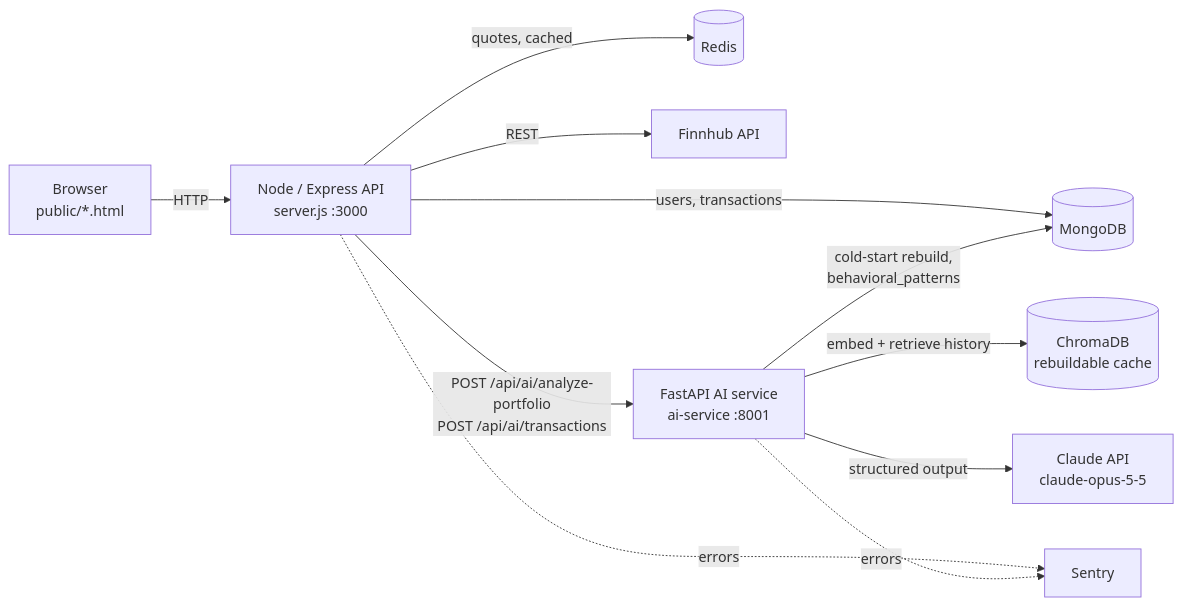
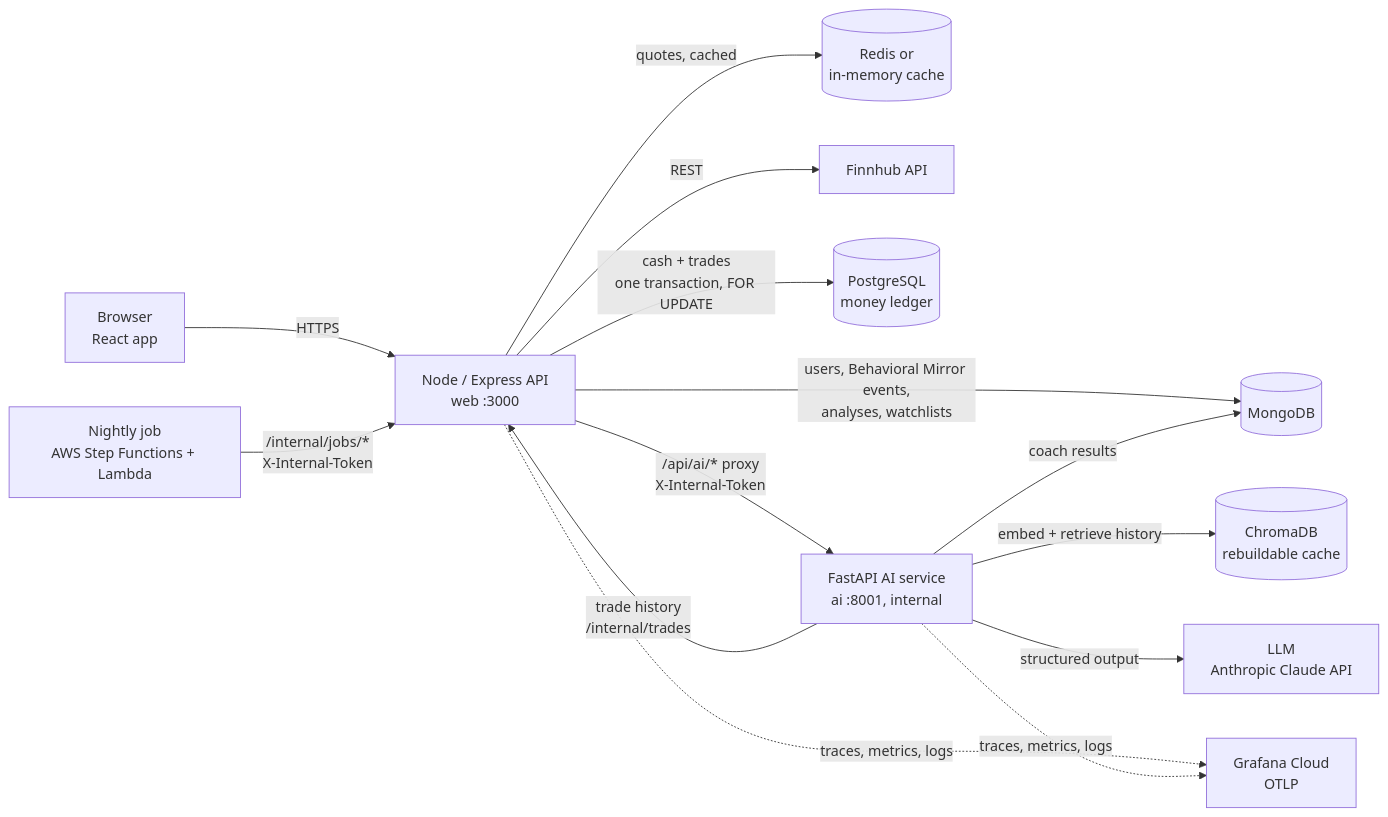
Before and after one commit to sumitparmar19/Nivesh-Path: the first of 2 diagrams in architecture.md, drawn with Mermaid. The commit also changed other lines of this file and 76 other files, not shown here.

````diff
--- a/architecture.md
+++ b/architecture.md
@@ -3,13 +3,16 @@
 ```mermaid
 flowchart LR
-    B[Browser<br/>public/*.html] -->|HTTP| N[Node / Express API<br/>server.js :3000]
-    N -->|quotes, cached| R[(Redis)]
+    B[Browser<br/>React app] -->|HTTPS| N[Node / Express API<br/>web :3000]
+    N -->|quotes, cached| R[(Redis or<br/>in-memory cache)]
     N -->|REST| F[Finnhub API]
-    N -->|users, transactions| M[(MongoDB)]
-    N -->|POST /api/ai/analyze-portfolio<br/>POST /api/ai/transactions| A[FastAPI AI service<br/>ai-service :8001]
+    N -->|cash + trades<br/>one transaction, FOR UPDATE| P[(PostgreSQL<br/>money ledger)]
+    N -->|users, Behavioral Mirror events,<br/>analyses, watchlists| M[(MongoDB)]
+    N -->|/api/ai/* proxy<br/>X-Internal-Token| A[FastAPI AI service<br/>ai :8001, internal]
+    A -->|trade history<br/>/internal/trades| N
     A -->|embed + retrieve history| C[(ChromaDB<br/>rebuildable cache)]
-    A -->|cold-start rebuild,<br/>behavioral_patterns| M
-    A -->|structured output| L[Claude API<br/>claude-opus-5-5]
-    N -. errors .-> Y[Sentry]
-    A -. errors .-> Y
+    A -->|coach results| M
+    A -->|structured output| L[LLM<br/>Anthropic Claude API]
+    J[Nightly job<br/>AWS Step Functions + Lambda] -->|/internal/jobs/*<br/>X-Internal-Token| N
+    N -. traces, metrics, logs .-> G[Grafana Cloud<br/>OTLP]
+    A -. traces, metrics, logs .-> G
 ```
````
